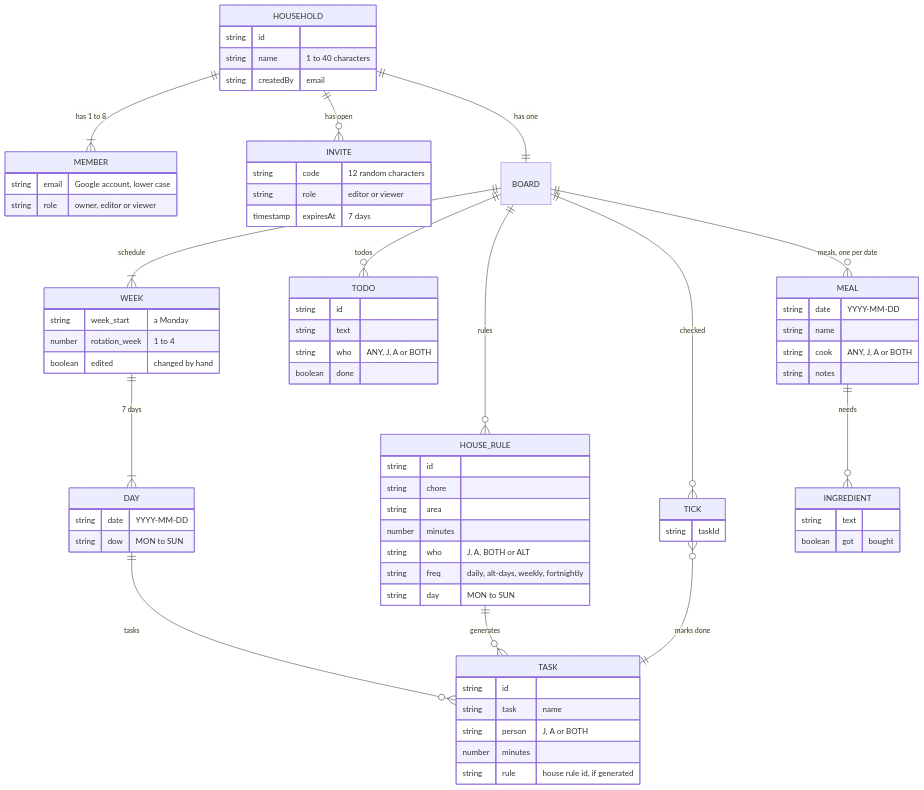
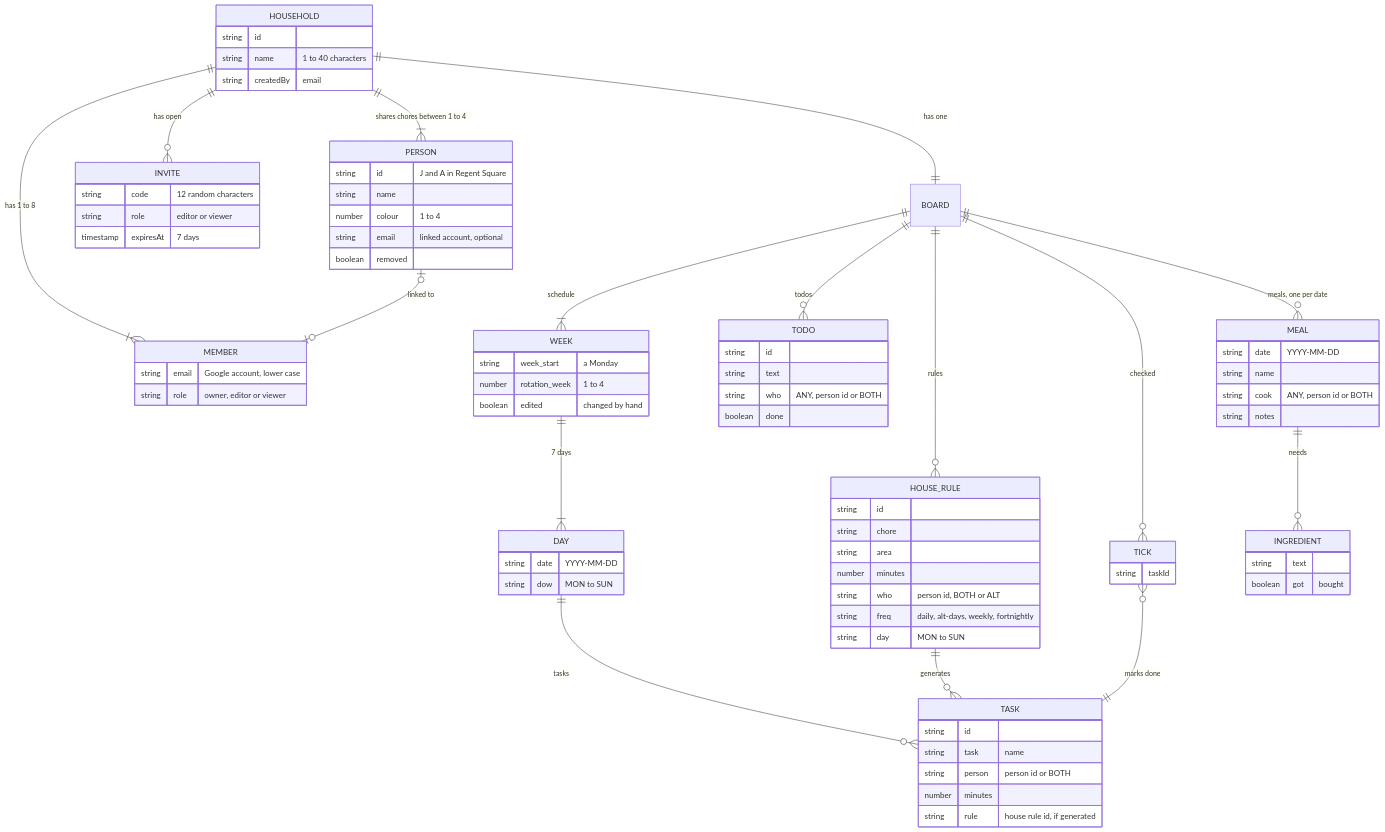
One commit to JA97Dev/JamritChores changed the second of 3 diagrams in docs/ARCHITECTURE.md. Above: the diagram before and after it, drawn with Mermaid. The commit also changed other lines of this file and 4 other files, not shown here.

First line of the commit message:
Let each household choose who shares its chores

````diff
--- a/docs/ARCHITECTURE.md
+++ b/docs/ARCHITECTURE.md
@@ -96,6 +109,8 @@
 ```mermaid
 erDiagram
   HOUSEHOLD ||--|{ MEMBER : "has 1 to 8"
+  HOUSEHOLD ||--|{ PERSON : "shares chores between 1 to 4"
+  PERSON |o--o| MEMBER : "linked to"
   HOUSEHOLD ||--o{ INVITE : "has open"
   HOUSEHOLD ||--|| BOARD : "has one"
   BOARD ||--o{ HOUSE_RULE : "rules"
@@ -118,6 +133,13 @@
     string email "Google account, lower case"
     string role "owner, editor or viewer"
   }
+  PERSON {
+    string id "J and A in Regent Square"
+    string name
+    number colour "1 to 4"
+    string email "linked account, optional"
+    boolean removed
+  }
   INVITE {
     string code "12 random characters"
     string role "editor or viewer"
@@ -128,7 +150,7 @@
     string chore
     string area
     number minutes
-    string who "J, A, BOTH or ALT"
+    string who "person id, BOTH or ALT"
     string freq "daily, alt-days, weekly, fortnightly"
     string day "MON to SUN"
   }
@@ -144,7 +166,7 @@
   TASK {
     string id
     string task "name"
-    string person "J, A or BOTH"
+    string person "person id or BOTH"
     number minutes
     string rule "house rule id, if generated"
   }
@@ -154,13 +176,13 @@
   TODO {
     string id
     string text
-    string who "ANY, J, A or BOTH"
+    string who "ANY, person id or BOTH"
     boolean done
   }
   MEAL {
     string date "YYYY-MM-DD"
     string name
-    string cook "ANY, J, A or BOTH"
+    string cook "ANY, person id or BOTH"
     string notes
   }
   INGREDIENT {
````
